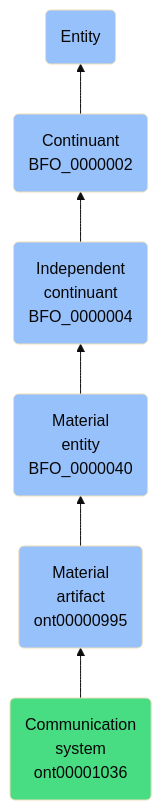
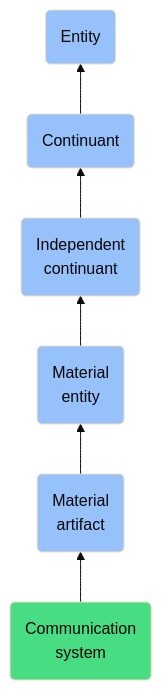
The diagram in docs/ontology/reference/model/Entity/Continuant/Independent continuant/Material entity/Material artifact/Communication system/Communication system.md (jupyter-naas/abi), drawn with Mermaid (base theme) before and after one commit. The commit also changed other lines of this file and 1430 other files, not shown here.

````diff
--- a/docs/ontology/reference/model/Entity/Continuant/Independent continuant/Material entity/Material artifact/Communication system/Communication system.md
+++ b/docs/ontology/reference/model/Entity/Continuant/Independent continuant/Material entity/Material artifact/Communication system/Communication system.md
@@ -24,13 +24,13 @@
 ```mermaid
 graph BT
-    ont00001036(Communication<br>system<br>ont00001036):::ABI-->ont00000995
-    ont00000995(Material<br>artifact<br>ont00000995):::BFO-->BFO_0000040
-    BFO_0000040(Material<br>entity<br>BFO_0000040):::BFO-->BFO_0000004
-    BFO_0000004(Independent<br>continuant<br>BFO_0000004):::BFO-->BFO_0000002
-    BFO_0000002(Continuant<br>BFO_0000002):::BFO-->BFO_0000001
+    ont00001036(Communication<br>system):::ABI-->ont00000995
+    ont00000995(Material<br>artifact):::BFO-->BFO_0000040
+    BFO_0000040(Material<br>entity):::BFO-->BFO_0000004
+    BFO_0000004(Independent<br>continuant):::BFO-->BFO_0000002
+    BFO_0000002(Continuant):::BFO-->BFO_0000001
     BFO_0000001(Entity):::BFO
     
     classDef BFO fill:#97c1fb,color:#060606
     classDef CCO fill:#e4c51e,color:#060606
     classDef ABI fill:#48DD82,color:#060606
 ```
````
